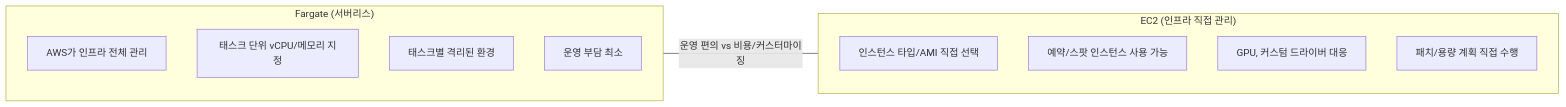
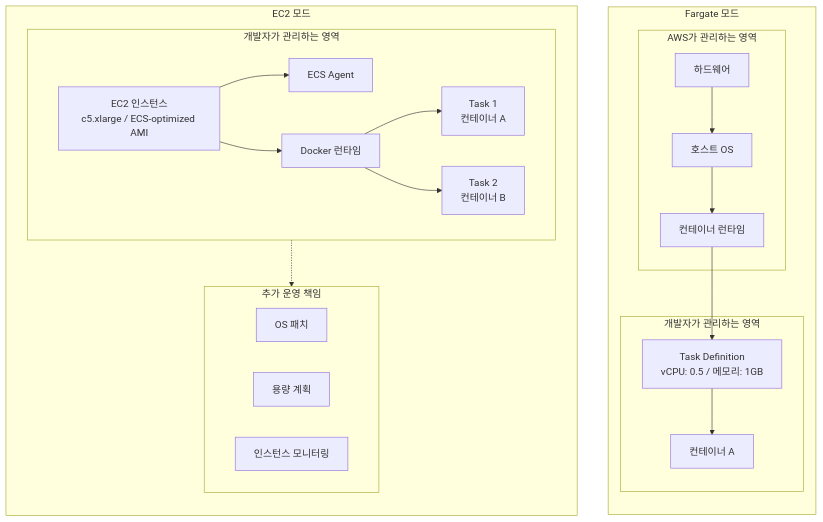
One commit to GYUTORY/YGSTUDY changed the third of 7 diagrams in Develop/AWS/Containers/ECS.md. Above: the diagram before and after it, drawn with Mermaid. The commit also changed other lines of this file and 10 other files, not shown here.

````diff
--- a/Develop/AWS/Containers/ECS.md
+++ b/Develop/AWS/Containers/ECS.md
@@ -78,20 +139,39 @@
 ```mermaid
-graph LR
-    subgraph Fargate["Fargate (서버리스)"]
+graph TB
+    subgraph Fargate_Mode["Fargate 모드"]
         direction TB
-        F1["AWS가 인프라 전체 관리"]
-        F2["태스크 단위 vCPU/메모리 지정"]
-        F3["태스크별 격리된 환경"]
-        F4["운영 부담 최소"]
+        subgraph FG_Hidden["AWS가 관리하는 영역"]
+            FG_HW["하드웨어"]
+            FG_OS["호스트 OS"]
+            FG_Runtime["컨테이너 런타임"]
+            FG_HW --> FG_OS --> FG_Runtime
+        end
+        subgraph FG_User["개발자가 관리하는 영역"]
+            FG_Task["Task Definition<br/>vCPU: 0.5 / 메모리: 1GB"]
+            FG_App["컨테이너 A"]
+            FG_Task --> FG_App
+        end
+        FG_Runtime --> FG_Task
     end
 
-    subgraph EC2["EC2 (인프라 직접 관리)"]
+    subgraph EC2_Mode["EC2 모드"]
         direction TB
-        E1["인스턴스 타입/AMI 직접 선택"]
-        E2["예약/스팟 인스턴스 사용 가능"]
-        E3["GPU, 커스텀 드라이버 대응"]
-        E4["패치/용량 계획 직접 수행"]
+        subgraph EC2_User_Infra["개발자가 관리하는 영역"]
+            EC2_Inst["EC2 인스턴스<br/>c5.xlarge / ECS-optimized AMI"]
+            EC2_Agent["ECS Agent"]
+            EC2_Docker["Docker 런타임"]
+            EC2_Task1["Task 1<br/>컨테이너 A"]
+            EC2_Task2["Task 2<br/>컨테이너 B"]
+            EC2_Inst --> EC2_Agent
+            EC2_Inst --> EC2_Docker
+            EC2_Docker --> EC2_Task1
+            EC2_Docker --> EC2_Task2
+        end
+        subgraph EC2_Ops["추가 운영 책임"]
+            EC2_Patch["OS 패치"]
+            EC2_Cap["용량 계획"]
+            EC2_Mon["인스턴스 모니터링"]
+        end
+        EC2_User_Infra -.-> EC2_Ops
     end
-
-    Fargate ---|"운영 편의 vs 비용/커스터마이징"| EC2
 ```
````
